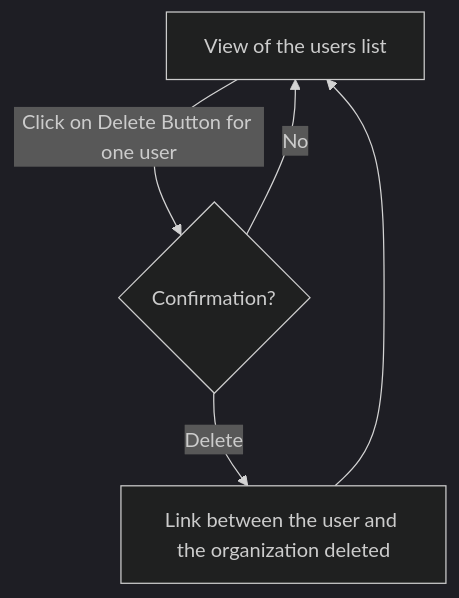
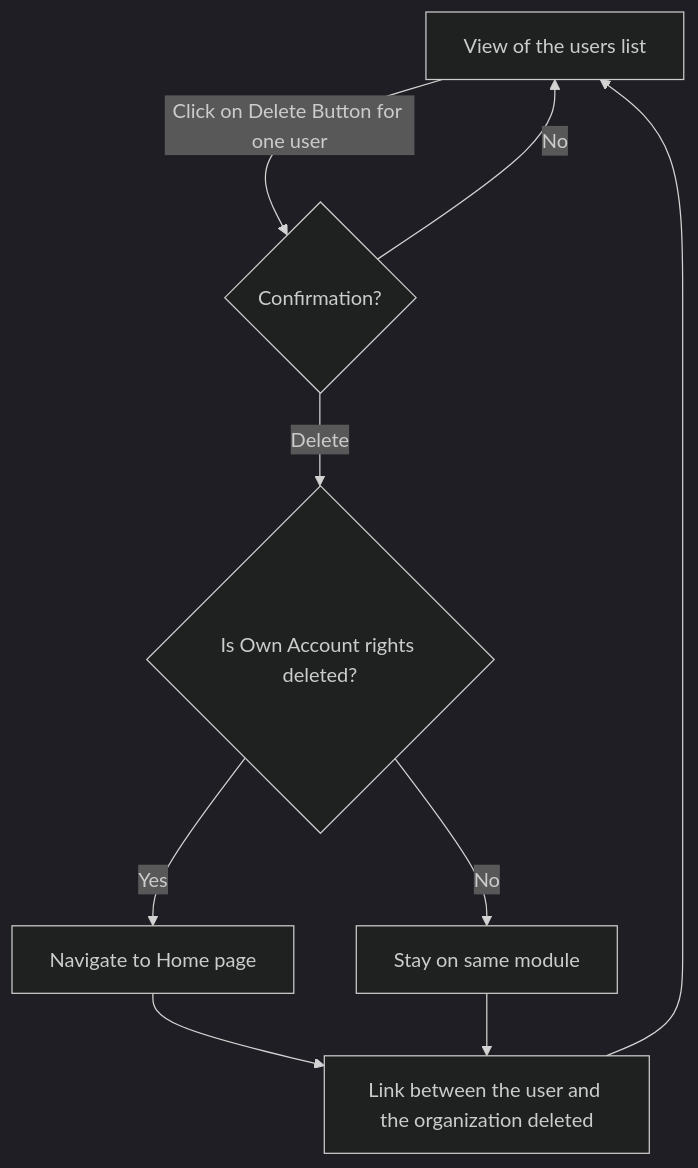
The first of 5 diagrams in services/documentation/content/2-functional-documentation/use_cases/uc_administration/uc_administration_manage_users/uc3_delete_roles.md (teamg4it/g4it), drawn with Mermaid (dark theme) before and after one commit. The commit also changed other lines of this file and 5 other files, not shown here.

Commit message:
fix(1108): on creating new workspace from admin module, organization dropdown refreshed, documentation added for 1108

```diff
--- a/services/documentation/content/2-functional-documentation/use_cases/uc_administration/uc_administration_manage_users/uc3_delete_roles.md
+++ b/services/documentation/content/2-functional-documentation/use_cases/uc_administration/uc_administration_manage_users/uc3_delete_roles.md
@@ -27,6 +27,8 @@
 {{< mermaid >}}
 graph TD;
 Step1[View of the users list] --> |Click on Delete Button for one user|Decision1{Confirmation?}
-Decision1 -->|Delete|Step2[Link between the user and the organization deleted] --> Step1
+Decision1 -->|Delete|Decision2{Is Own Account rights deleted?}
 Decision1 -->|No|Step1
+Decision2 --> |Yes|Step2[Navigate to Home page] --> Step4
+Decision2 --> |No|Step3[Stay on same module] --> Step4[Link between the user and the organization deleted] --> Step1
 {{< /mermaid >}}
```
